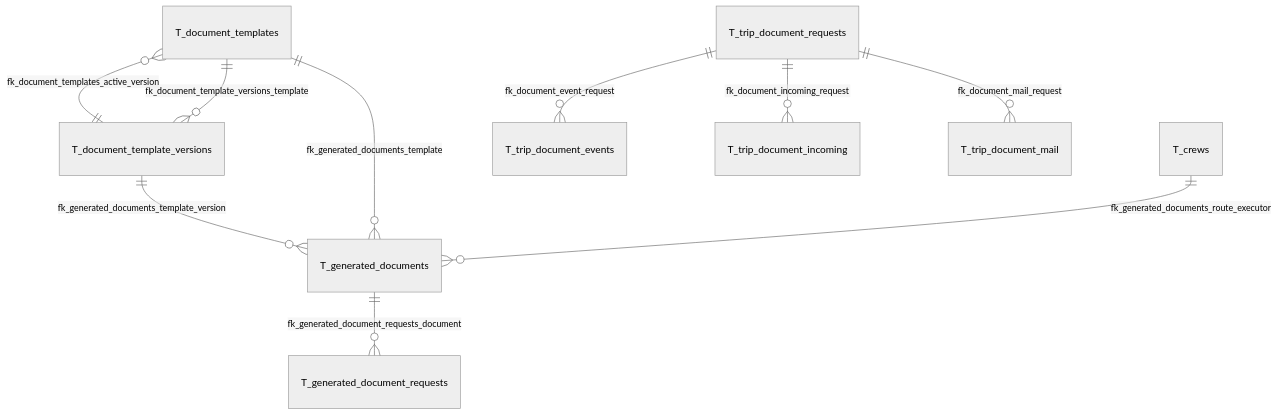
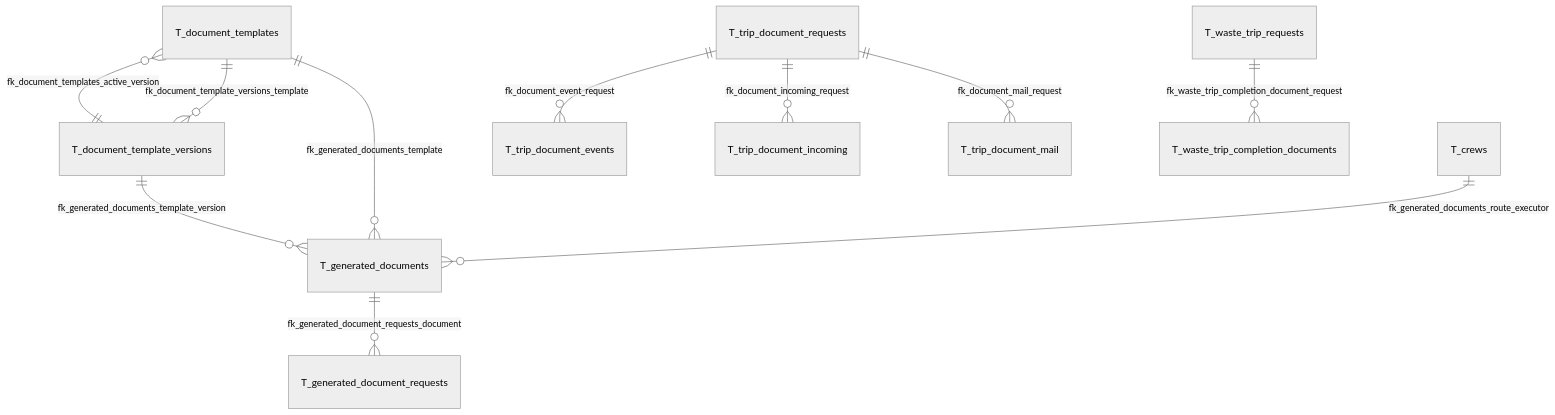
Before and after one commit to caymanlogistic-crypto/erp-planex-ci: the fourth of 9 diagrams in docs/database/TENANT_ERD.md, drawn with Mermaid (neutral theme). The commit also changed other lines of this file and 41 other files, not shown here.

````diff
--- a/docs/database/TENANT_ERD.md
+++ b/docs/database/TENANT_ERD.md
@@ -75,12 +75,13 @@
 ```mermaid
 erDiagram
   T_document_templates ||--o{ T_document_template_versions : "fk_document_template_versions_template"
   T_document_template_versions ||--o{ T_document_templates : "fk_document_templates_active_version"
   T_generated_documents ||--o{ T_generated_document_requests : "fk_generated_document_requests_document"
   T_crews ||--o{ T_generated_documents : "fk_generated_documents_route_executor"
   T_document_templates ||--o{ T_generated_documents : "fk_generated_documents_template"
   T_document_template_versions ||--o{ T_generated_documents : "fk_generated_documents_template_version"
   T_trip_document_requests ||--o{ T_trip_document_events : "fk_document_event_request"
   T_trip_document_requests ||--o{ T_trip_document_incoming : "fk_document_incoming_request"
   T_trip_document_requests ||--o{ T_trip_document_mail : "fk_document_mail_request"
+  T_waste_trip_requests ||--o{ T_waste_trip_completion_documents : "fk_waste_trip_completion_document_request"
 ```
````
